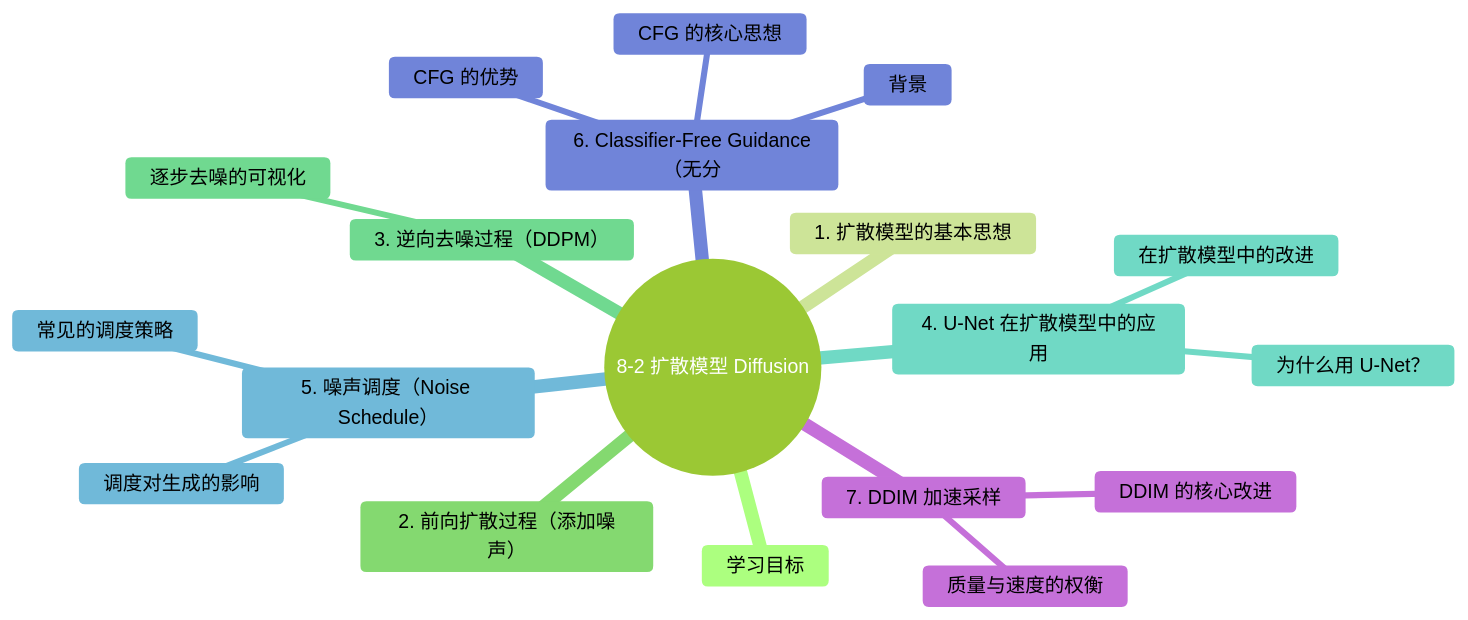
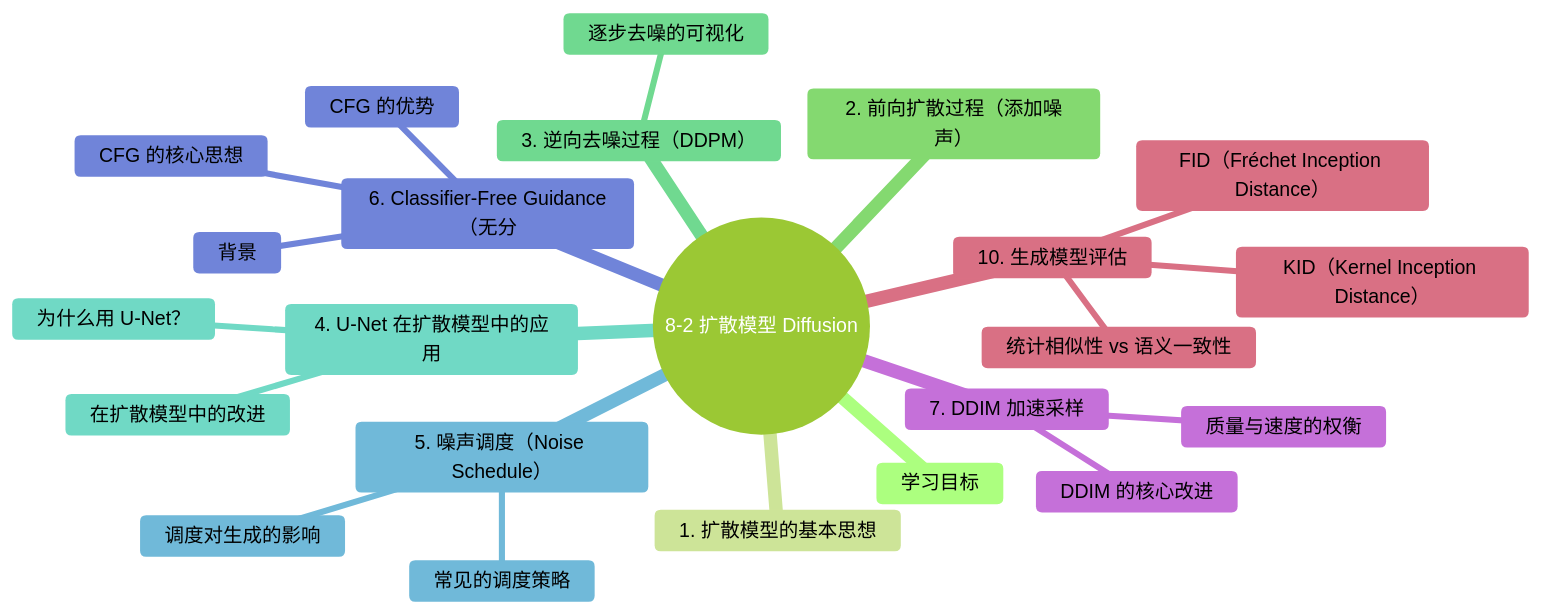
Before and after one commit to dwSun/AI-Tutorial: the sixth of 6 diagrams in chapters/PART8-生成式AI/8-2-扩散模型Diffusion.md, drawn with Mermaid (forest theme). The commit also changed other lines of this file and 22 other files, not shown here.

````diff
--- a/chapters/PART8-生成式AI/8-2-扩散模型Diffusion.md
+++ b/chapters/PART8-生成式AI/8-2-扩散模型Diffusion.md
@@ -586,22 +643,26 @@
 ```mermaid
 mindmap
   root((8-2 扩散模型 Diffusion))
     学习目标
     1. 扩散模型的基本思想
     2. 前向扩散过程（添加噪声）
     3. 逆向去噪过程（DDPM）
       逐步去噪的可视化
     4. U-Net 在扩散模型中的应用
       为什么用 U-Net？
       在扩散模型中的改进
     5. 噪声调度（Noise Schedule）
       常见的调度策略
       调度对生成的影响
     6. Classifier-Free Guidance（无分
       背景
       CFG 的核心思想
       CFG 的优势
     7. DDIM 加速采样
       DDIM 的核心改进
       质量与速度的权衡
+    10. 生成模型评估
+      FID（Fréchet Inception Distance）
+      KID（Kernel Inception Distance）
+      统计相似性 vs 语义一致性
 ```
````
